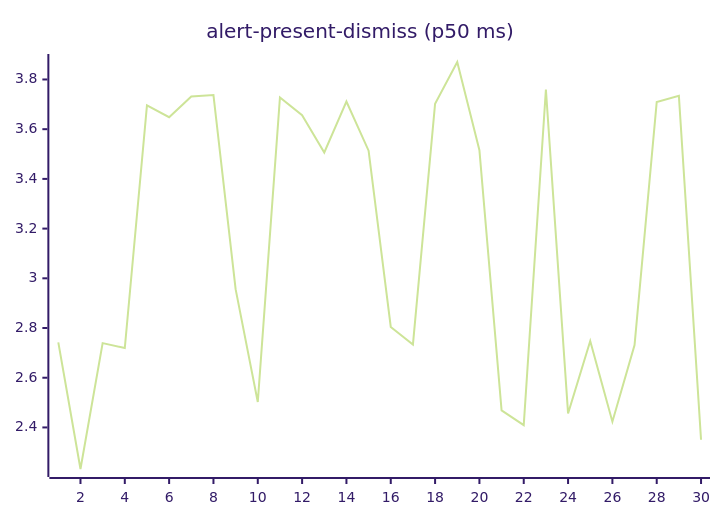
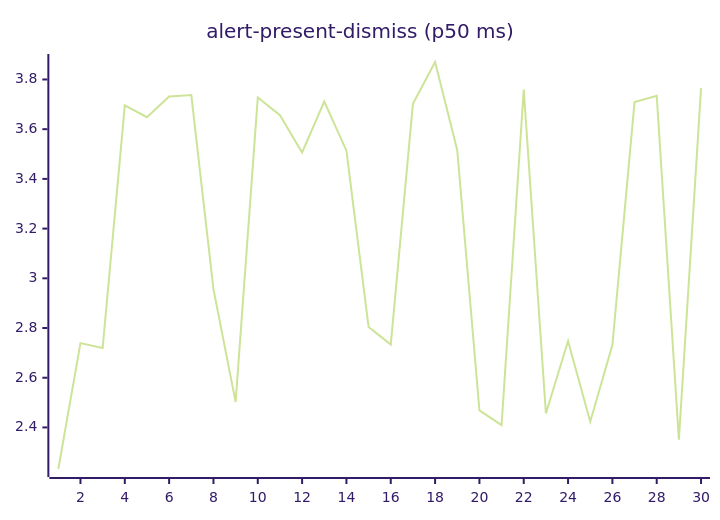
Before and after one commit to josha/Facet: the second of 27 diagrams in README.md, drawn with Mermaid (forest theme). The commit also changed other lines of this file and 2 other files, not shown here.

````diff
--- a/README.md
+++ b/README.md
@@ -70,6 +70,6 @@
 ```mermaid
 xychart-beta
     title "alert-present-dismiss (p50 ms)"
     x-axis 1 --> 30
-    line [2.7425, 2.2328, 2.7393, 2.7195, 3.6955, 3.6480, 3.7318, 3.7373, 2.9562, 2.5024, 3.7273, 3.6562, 3.5064, 3.7112, 3.5136, 2.8044, 2.7337, 3.7022, 3.8703, 3.5157, 2.4688, 2.4093, 3.7592, 2.4564, 2.7475, 2.4232, 2.7312, 3.7096, 3.7340, 2.3506]
+    line [2.2328, 2.7393, 2.7195, 3.6955, 3.6480, 3.7318, 3.7373, 2.9562, 2.5024, 3.7273, 3.6562, 3.5064, 3.7112, 3.5136, 2.8044, 2.7337, 3.7022, 3.8703, 3.5157, 2.4688, 2.4093, 3.7592, 2.4564, 2.7475, 2.4232, 2.7312, 3.7096, 3.7340, 2.3506, 3.7650]
 ```
````
